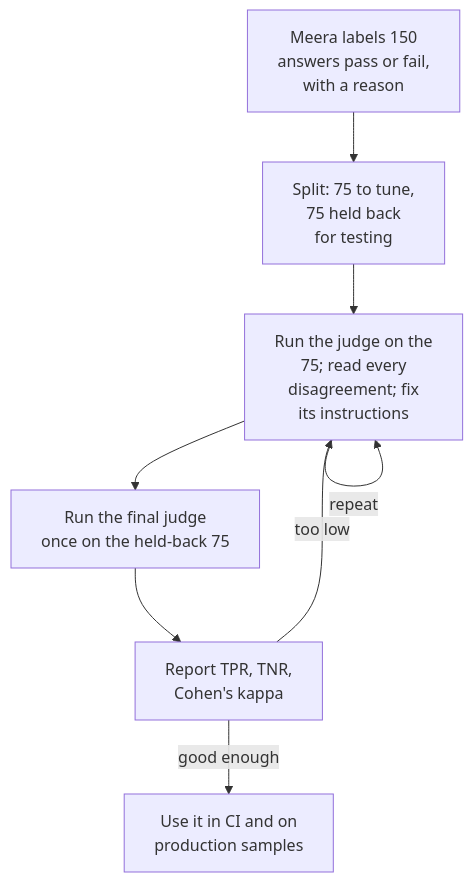
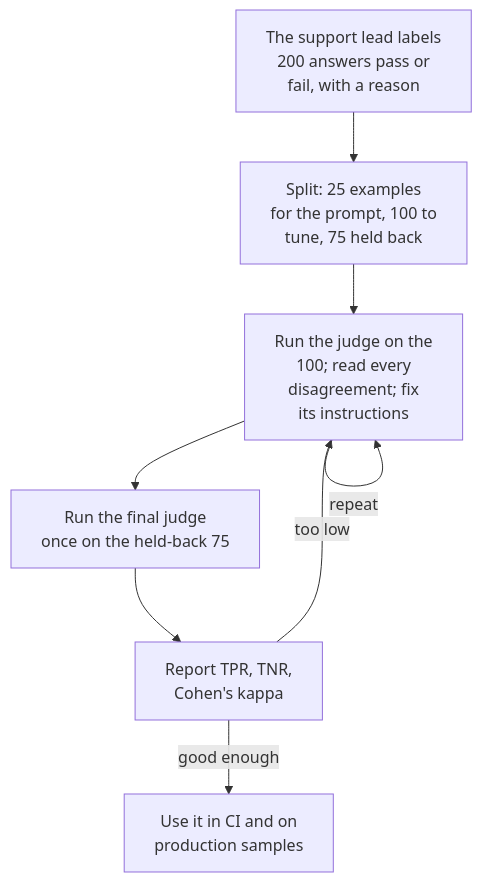
The fourth of 7 diagrams in src/Data/aiStackDocs/CH-08.md (shubamchaudhary/CodeNITW), drawn with Mermaid before and after one commit. The commit also changed other lines of this file and 32 other files, not shown here.

````diff
--- a/src/Data/aiStackDocs/CH-08.md
+++ b/src/Data/aiStackDocs/CH-08.md
@@ -105,10 +105,10 @@
 ```mermaid
 flowchart TB
-    L["Meera labels 150<br/>answers pass or fail,<br/>with a reason"] --> SP["Split: 75 to tune,<br/>75 held back<br/>for testing"]
-    SP --> DV["Run the judge on the<br/>75; read every<br/>disagreement; fix<br/>its instructions"]
+    L["The support lead labels<br/>200 answers pass or<br/>fail, with a reason"] --> SP["Split: 25 examples<br/>for the prompt, 100 to<br/>tune, 75 held back"]
+    SP --> DV["Run the judge on the<br/>100; read every<br/>disagreement; fix<br/>its instructions"]
     DV -->|"repeat"| DV
     DV --> TS["Run the final judge<br/>once on the held-back 75"]
     TS --> M["Report TPR, TNR,<br/>Cohen's kappa"]
     M -->|"good enough"| USE["Use it in CI and on<br/>production samples"]
     M -->|"too low"| DV
 ```
````
